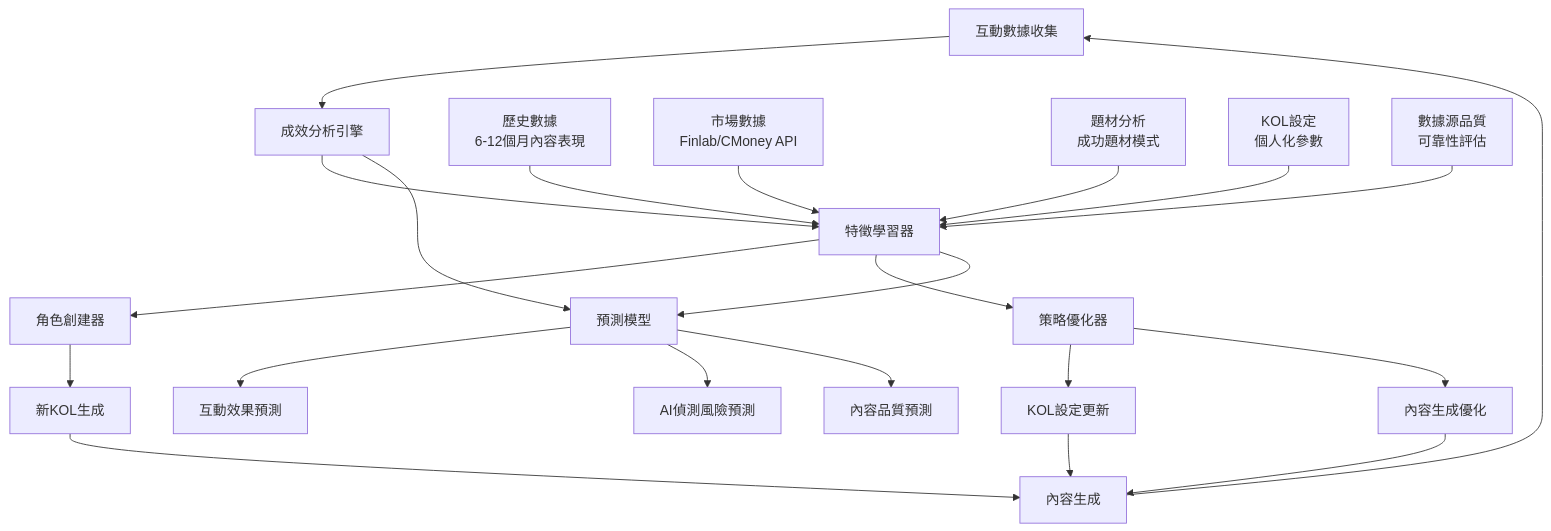
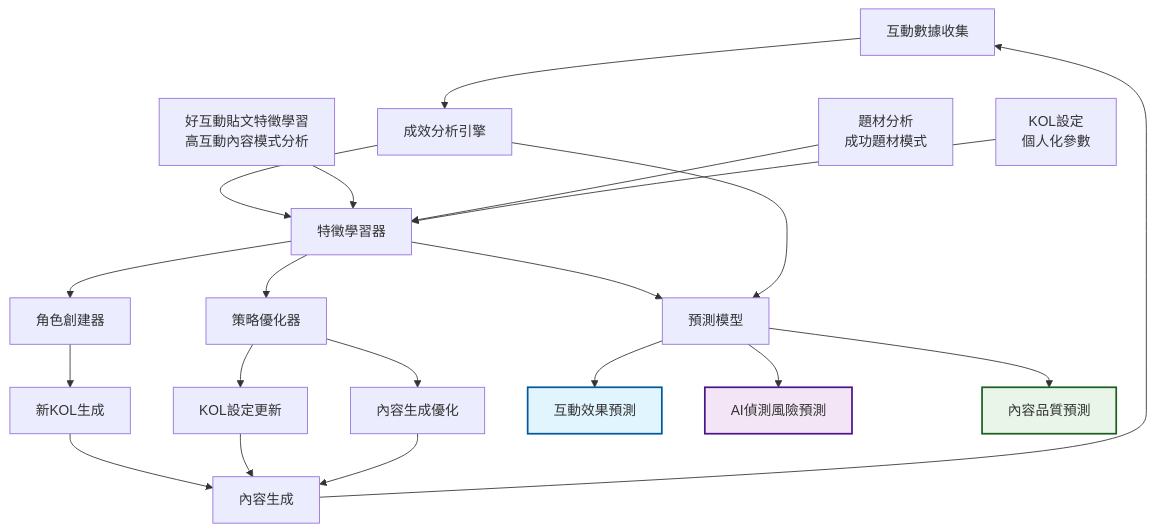
One commit to hihihowru/forum_autoposter changed the diagram in gitbook-docs/4-AI自我學習/4.8-AI自我學習機制完整簡報-wireframe.md. Above: the diagram before and after it, drawn with Mermaid. The commit also changed other lines of this file, not shown here.

Commit message:
調整架構圖：刪除市場數據和數據源品質，修改為好互動貼文特徵學習，加入顏色區分roadmap

````diff
--- a/gitbook-docs/4-AI自我學習/4.8-AI自我學習機制完整簡報-wireframe.md
+++ b/gitbook-docs/4-AI自我學習/4.8-AI自我學習機制完整簡報-wireframe.md
@@ -15,30 +15,36 @@
 ```mermaid
 graph TD
     A[互動數據收集] --> B[成效分析引擎]
     B --> C[特徵學習器]
     
-    D[歷史數據<br/>6-12個月內容表現] --> C
-    E[市場數據<br/>Finlab/CMoney API] --> C
+    D[好互動貼文特徵學習<br/>高互動內容模式分析] --> C
     F[題材分析<br/>成功題材模式] --> C
     G[KOL設定<br/>個人化參數] --> C
-    H[數據源品質<br/>可靠性評估] --> C
     
     C --> I[角色創建器]
     C --> J[策略優化器]
     
     I --> K[新KOL生成]
     J --> L[KOL設定更新]
     J --> M[內容生成優化]
     
     K --> N[內容生成]
     L --> N
     M --> N
     N --> A
     
     O[預測模型] --> P[互動效果預測]
     O --> Q[AI偵測風險預測]
     O --> R[內容品質預測]
     
     C --> O
     B --> O
+    
+    classDef roadmap1 fill:#e1f5fe,stroke:#01579b,stroke-width:2px
+    classDef roadmap2 fill:#f3e5f5,stroke:#4a148c,stroke-width:2px
+    classDef roadmap3 fill:#e8f5e8,stroke:#1b5e20,stroke-width:2px
+    
+    class P roadmap1
+    class Q roadmap2
+    class R roadmap3
 ```
````
